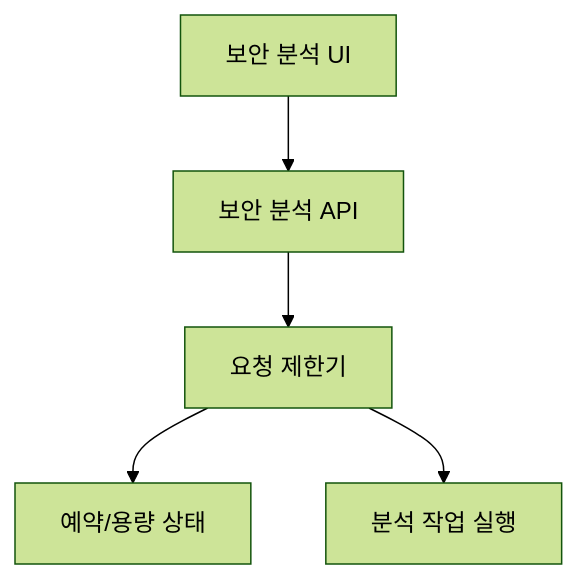
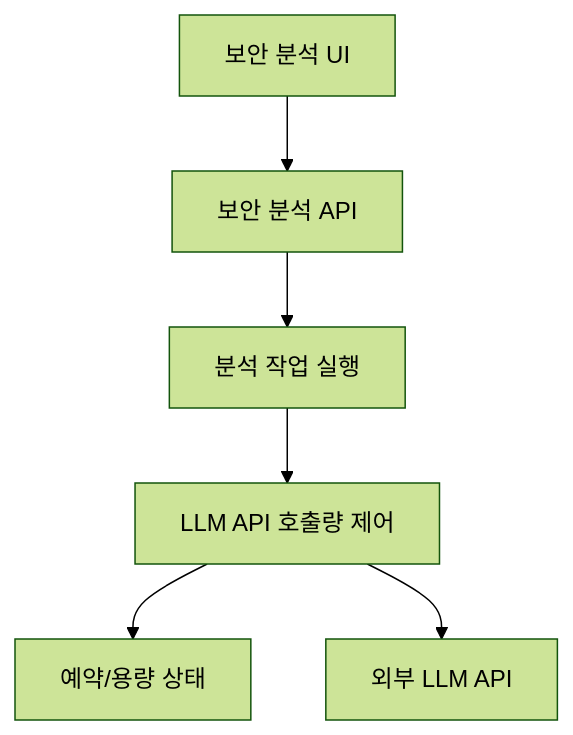
The first of 2 diagrams in docs/experience/cluml.md (zmrdltl/portfolio), drawn with Mermaid (forest theme) before and after one commit. The commit also changed other lines of this file and 6 other files, not shown here.

First line of the commit message:
docs: 외부 LLM API 호출량 제어 사례를 명확화

````diff
--- a/docs/experience/cluml.md
+++ b/docs/experience/cluml.md
@@ -11,13 +11,15 @@
 ```mermaid
 flowchart TB
   ui["보안 분석 UI"]
   api["보안 분석 API"]
-  limiter["요청 제한기"]
+  worker["분석 작업 실행"]
+  limiter["LLM API 호출량 제어"]
   capacity["예약/용량 상태"]
-  worker["분석 작업 실행"]
+  llm["외부 LLM API"]
 
   ui --> api
-  api --> limiter
+  api --> worker
+  worker --> limiter
   limiter --> capacity
-  limiter --> worker
+  limiter --> llm
 ```
````
